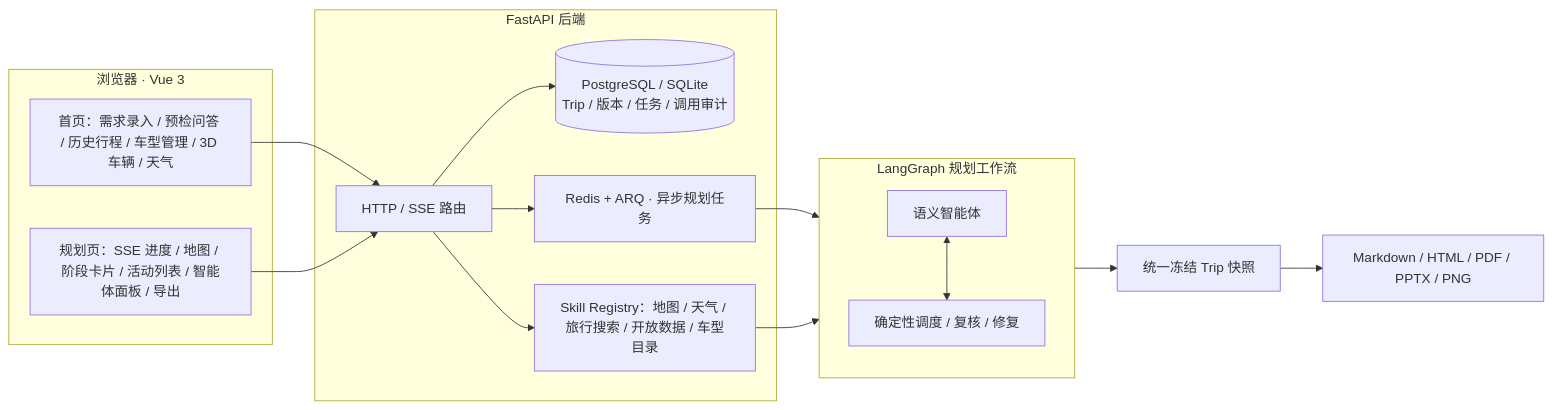
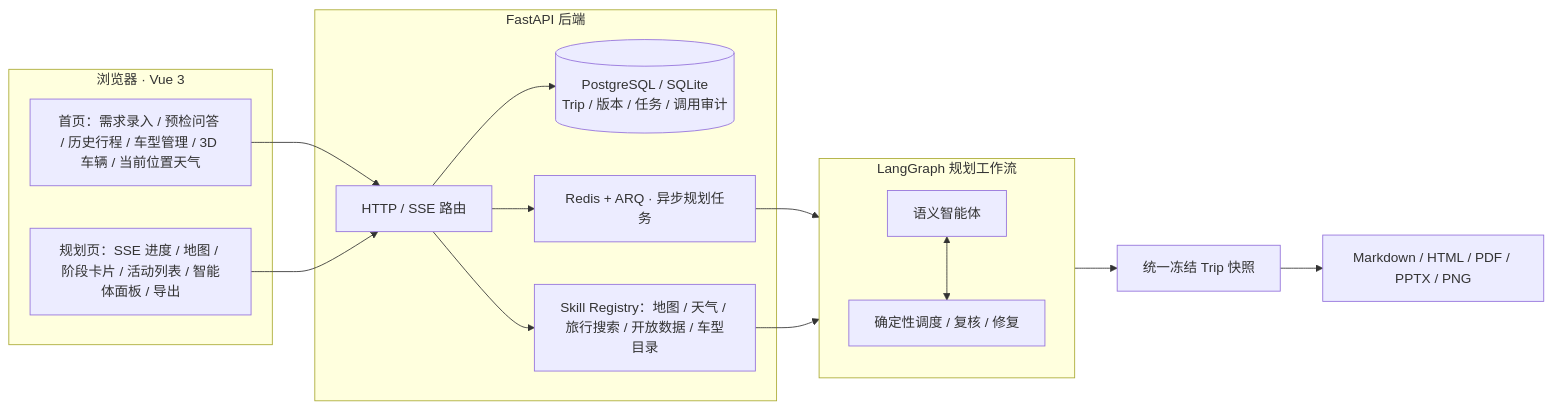
Before and after one commit to pigz2538/RoadMan-Public: the diagram in project.md, drawn with Mermaid. The commit also changed other lines of this file and 16 other files, not shown here.

````diff
--- a/project.md
+++ b/project.md
@@ -49,31 +47,31 @@
 ```mermaid
 flowchart LR
     subgraph FE["浏览器 · Vue 3"]
-        A["首页：需求录入 / 预检问答 / 历史行程 / 车型管理 / 3D 车辆 / 天气"]
+        A["首页：需求录入 / 预检问答 / 历史行程 / 车型管理 / 3D 车辆 / 当前位置天气"]
         B["规划页：SSE 进度 / 地图 / 阶段卡片 / 活动列表 / 智能体面板 / 导出"]
     end
 
     subgraph API["FastAPI 后端"]
         C["HTTP / SSE 路由"]
         D[("PostgreSQL / SQLite<br/>Trip / 版本 / 任务 / 调用审计")]
         E["Redis + ARQ · 异步规划任务"]
         F["Skill Registry：地图 / 天气 / 旅行搜索 / 开放数据 / 车型目录"]
     end
 
     subgraph WF["LangGraph 规划工作流"]
         G["语义智能体"]
         H["确定性调度 / 复核 / 修复"]
     end
 
     I["统一冻结 Trip 快照"] --> J["Markdown / HTML / PDF / PPTX / PNG"]
 
     A --> C
     B --> C
     C --> D
     C --> E
     C --> F
     E --> WF
     F --> WF
     G <--> H
     WF --> I
 ```
````
